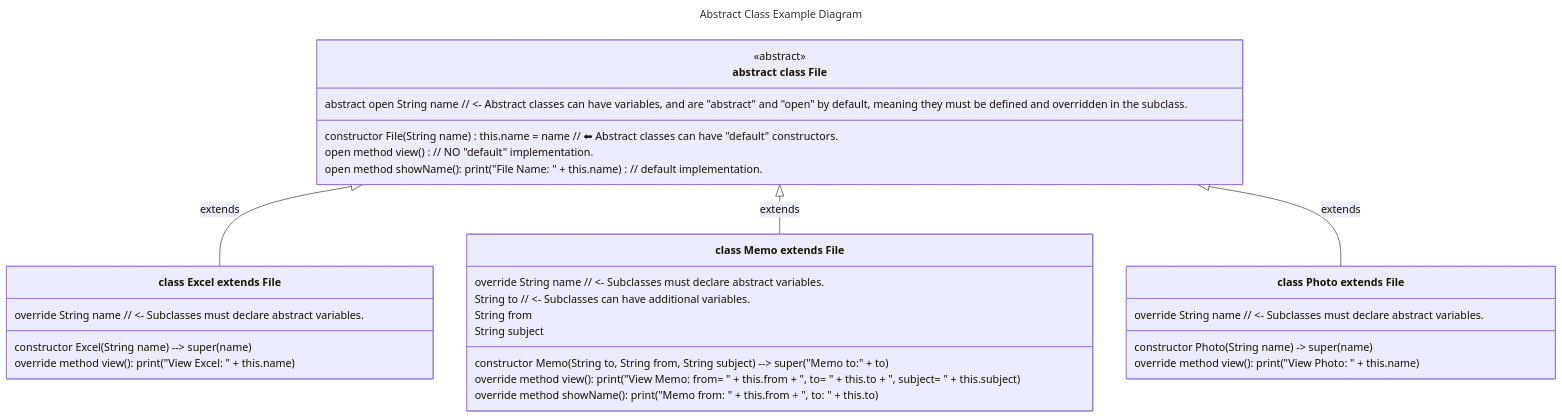
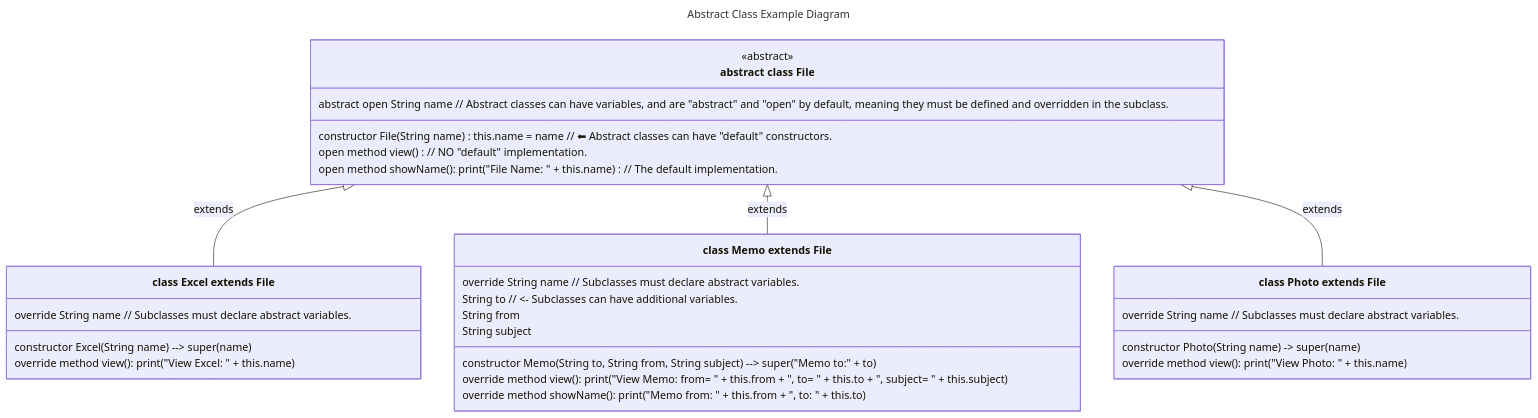
Before and after one commit to realityexpander/How_to_program_from_ground_up: the sixth of 8 diagrams in 09-ClassOrientedProgramming.md, drawn with Mermaid.

Commit message:
improve diagram

````diff
--- a/09-ClassOrientedProgramming.md
+++ b/09-ClassOrientedProgramming.md
@@ -693,47 +693,47 @@
     ```mermaid
     ---
     title: Abstract Class Example Diagram
       
     ---
     classDiagram
     direction TB
     File <|-- Excel : extends
     File <|-- Memo : extends
     File <|-- Photo : extends
       
     class File["abstract class File"] {
-       abstract open String name  // <- Abstract classes can have variables, and are "abstract" and "open" by default, meaning they must be defined and overridden in the subclass.
+       abstract open String name  // Abstract classes can have variables, and are "abstract" and "open" by default, meaning they must be defined and overridden in the subclass.
        
        constructor File(String name) this.name = name // ⬅︎ Abstract classes can have "default" constructors.
         
        open method view() // NO "default" implementation.
-       open method showName(): print("File Name: " + this.name) // default implementation.
+       open method showName(): print("File Name: " + this.name) // The default implementation.
     }
     <<abstract>> File 
       
     class Excel["class Excel extends File"] {
-       override String name // <- Subclasses must declare abstract variables.
+       override String name // Subclasses must declare abstract variables.
     
        constructor Excel(String name) --> super(name)
     
        override method view(): print("View Excel: " + this.name) 
     }
     class Memo["class Memo extends File"] {
-       override String name // <- Subclasses must declare abstract variables.
+       override String name //  Subclasses must declare abstract variables.
        String to  // <- Subclasses can have additional variables.
        String from
        String subject
     
        constructor Memo(String to, String from, String subject) --> super("Memo to:" + to)
        
        override method view(): print("View Memo: from= " + this.from + ", to= " + this.to + ", subject= " + this.subject) 
        override method showName(): print("Memo from: " + this.from + ", to: " + this.to)
     }
     class Photo["class Photo extends File"] {
-       override String name // <- Subclasses must declare abstract variables.
+       override String name // Subclasses must declare abstract variables.
     
        constructor Photo(String name) -> super(name)
        
        override method view(): print("View Photo: " + this.name)
     }
     ```
````
